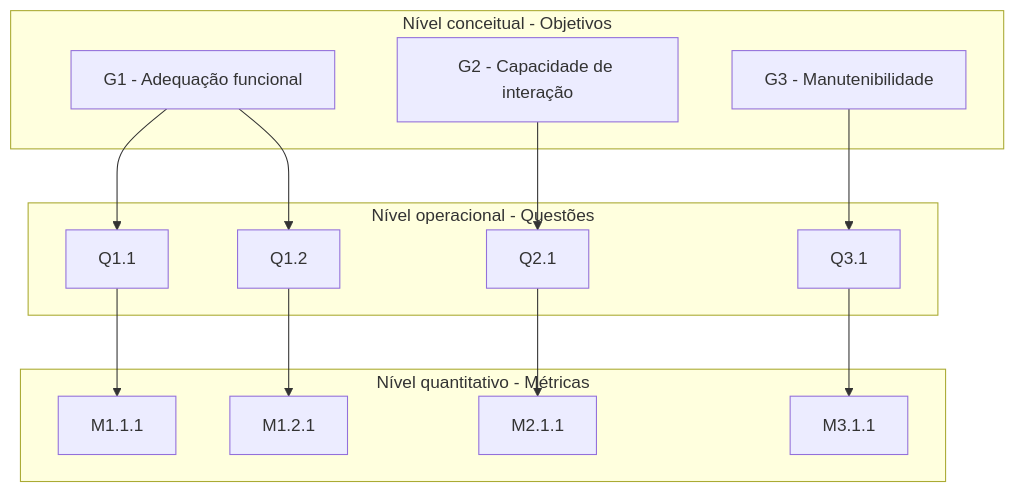
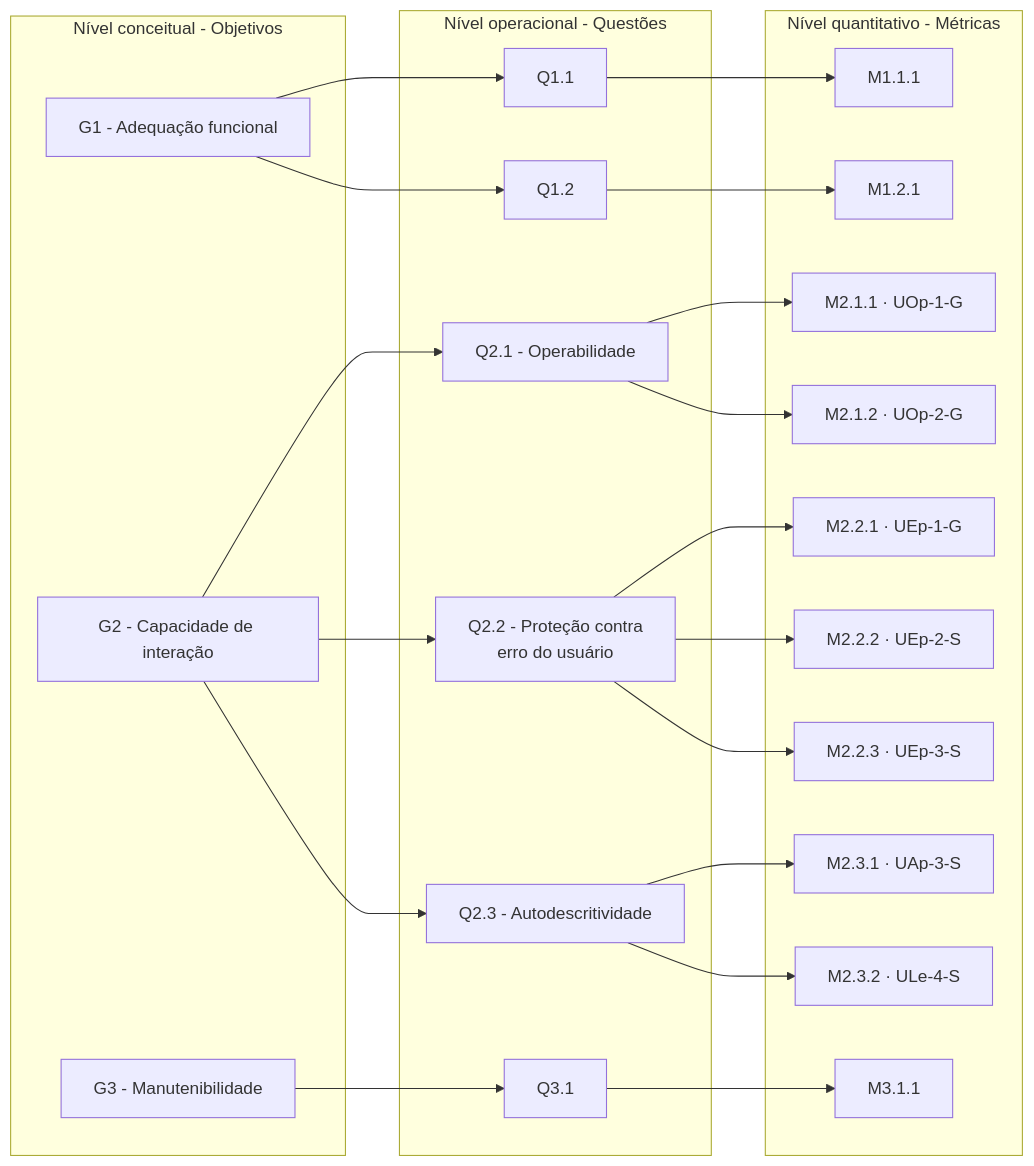
The diagram in docs/fase-2/diagrama-gqm.md (FCTE-Qualidade-de-Software-1/2026-2_T02_FRANCES_ALLEN), drawn with Mermaid before and after one commit. The commit also changed other lines of this file and 5 other files, not shown here.

Commit message:
Parte 5: GQM de capacidade de interação (G2) pela ISO/IEC 25023 e ramo do G2 no diagrama GQM

````diff
--- a/docs/fase-2/diagrama-gqm.md
+++ b/docs/fase-2/diagrama-gqm.md
@@ -5,24 +5,35 @@
 ```mermaid
-flowchart TD
+flowchart LR
     subgraph N1["Nível conceitual - Objetivos"]
         G1["G1 - Adequação funcional"]
         G2["G2 - Capacidade de interação"]
         G3["G3 - Manutenibilidade"]
     end
     subgraph N2["Nível operacional - Questões"]
         Q11["Q1.1"]
         Q12["Q1.2"]
-        Q21["Q2.1"]
+        Q21["Q2.1 - Operabilidade"]
+        Q22["Q2.2 - Proteção contra<br/>erro do usuário"]
+        Q23["Q2.3 - Autodescritividade"]
         Q31["Q3.1"]
     end
     subgraph N3["Nível quantitativo - Métricas"]
         M111["M1.1.1"]
         M121["M1.2.1"]
-        M211["M2.1.1"]
+        M211["M2.1.1 · UOp-1-G"]
+        M212["M2.1.2 · UOp-2-G"]
+        M221["M2.2.1 · UEp-1-G"]
+        M222["M2.2.2 · UEp-2-S"]
+        M223["M2.2.3 · UEp-3-S"]
+        M231["M2.3.1 · UAp-3-S"]
+        M232["M2.3.2 · ULe-4-S"]
         M311["M3.1.1"]
     end
     G1 --> Q11 --> M111
     G1 --> Q12 --> M121
-    G2 --> Q21 --> M211
+    G2 --> Q21 & Q22 & Q23
+    Q21 --> M211 & M212
+    Q22 --> M221 & M222 & M223
+    Q23 --> M231 & M232
     G3 --> Q31 --> M311
 ```
````
